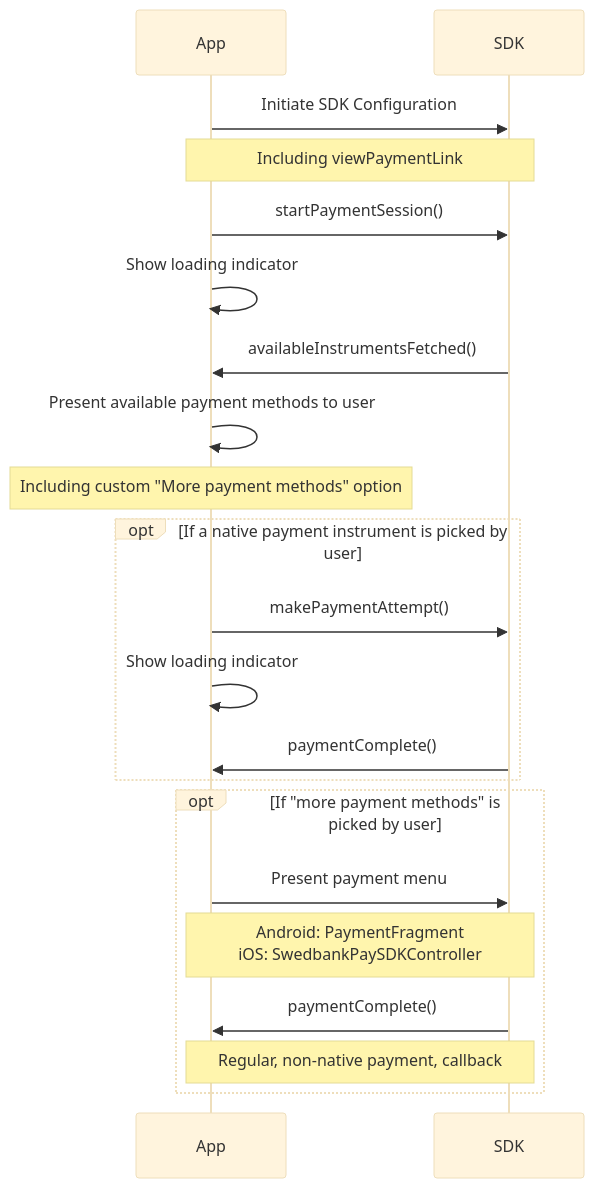
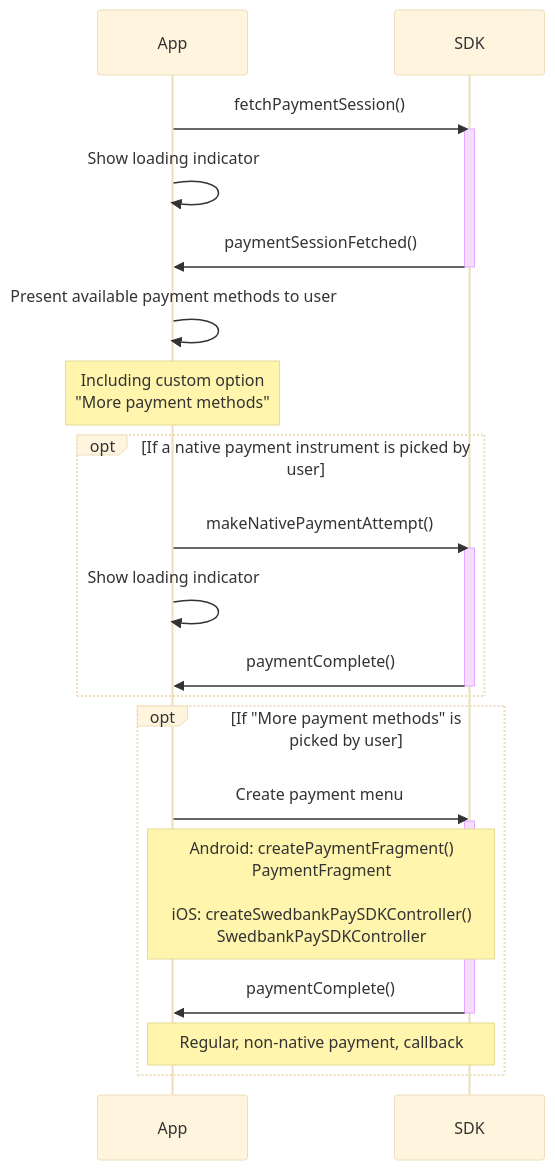
Before and after one commit to SwedbankPay/developer.swedbankpay.com: the third of 4 diagrams in checkout-v3/modules-sdks/mobile-sdk/native-payments.md, drawn with Mermaid (base theme). The commit also changed other lines of this file and 3 other files, not shown here.

Commit message:
Update to native payment instructions as well as automatic configuration for bare minimum implementation

````diff
--- a/checkout-v3/modules-sdks/mobile-sdk/native-payments.md
+++ b/checkout-v3/modules-sdks/mobile-sdk/native-payments.md
@@ -448,24 +529,28 @@
 ```mermaid
 sequenceDiagram
     participant App
     participant SDK
 
-    App ->> SDK: Initiate SDK Configuration
-    note over App, SDK: Including viewPaymentLink
-    App ->> SDK: startPaymentSession()
+    App ->> SDK: fetchPaymentSession()
+    activate SDK
     App ->> App: Show loading indicator
-    SDK ->> App: availableInstrumentsFetched()
+    SDK ->> App: paymentSessionFetched()
+    deactivate SDK
     App ->> App: Present available payment methods to user
-    note over App: Including custom "More payment methods" option
+    note over App: Including custom option<br/>"More payment methods"
     opt If a native payment instrument is picked by user
-        App ->> SDK: makePaymentAttempt()
+        App ->> SDK: makeNativePaymentAttempt()
+        activate SDK
         App ->> App: Show loading indicator
         SDK ->> App: paymentComplete()
+        deactivate SDK
     end
-    opt If "more payment methods" is picked by user
-        App ->> SDK: Present payment menu
-        note over App, SDK: Android: PaymentFragment<br/>iOS: SwedbankPaySDKController
+    opt If "More payment methods" is picked by user
+        App ->> SDK: Create payment menu
+        activate SDK
+        note over App, SDK: Android: createPaymentFragment()<br/>PaymentFragment<br/><br/>iOS: createSwedbankPaySDKController()<br/>SwedbankPaySDKController
         SDK ->> App: paymentComplete()
+        deactivate SDK
         note over App, SDK: Regular, non-native payment, callback
     end
 ```
````
